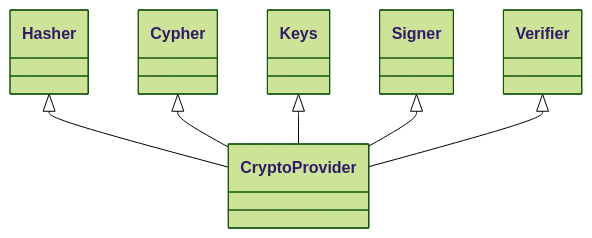
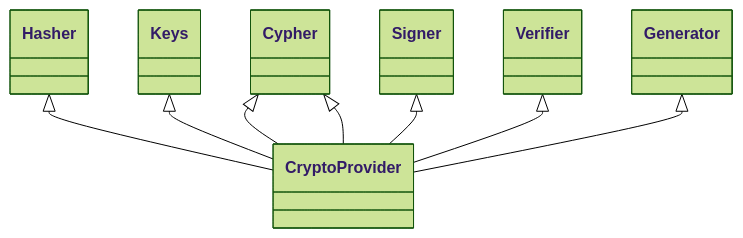
Before and after one commit to Zondax/cosmos-sdk: the second of 5 diagrams in crypto/docs/adr.md, drawn with Mermaid (forest theme). The commit also changed other lines of this file, not shown here.

````diff
--- a/crypto/docs/adr.md
+++ b/crypto/docs/adr.md
@@ -83,8 +135,10 @@
 ```mermaid
 classDiagram
 Hasher <|-- CryptoProvider
 Cypher <|-- CryptoProvider
 Keys <|-- CryptoProvider
 Signer <|-- CryptoProvider
 Verifier <|-- CryptoProvider
+Cypher <|-- CryptoProvider
+Generator <|-- CryptoProvider
 ```
````
